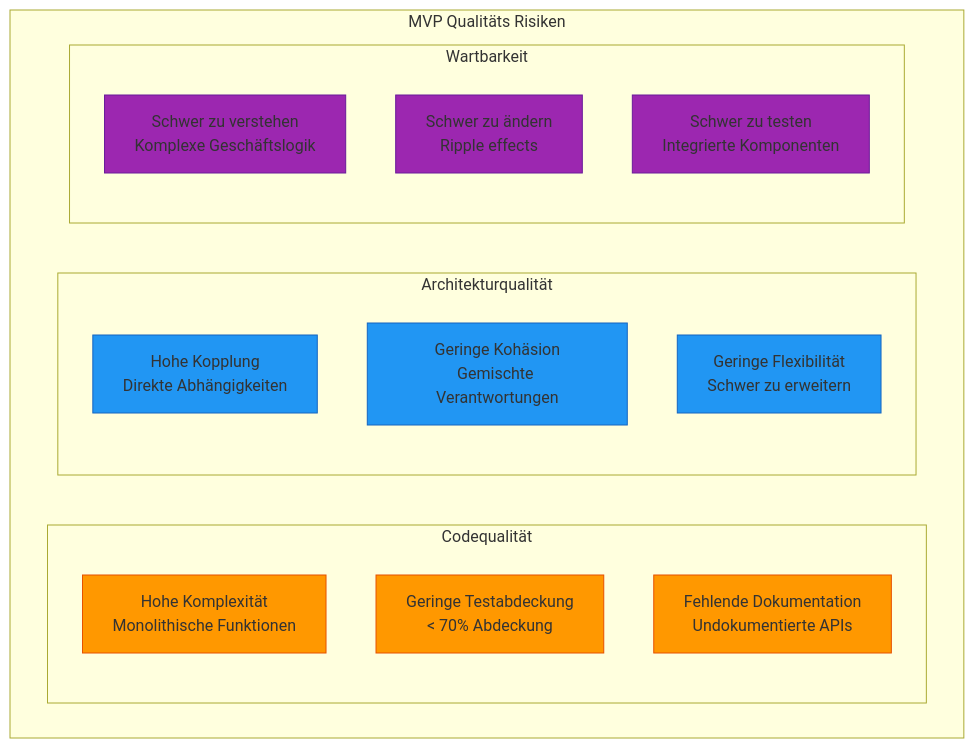
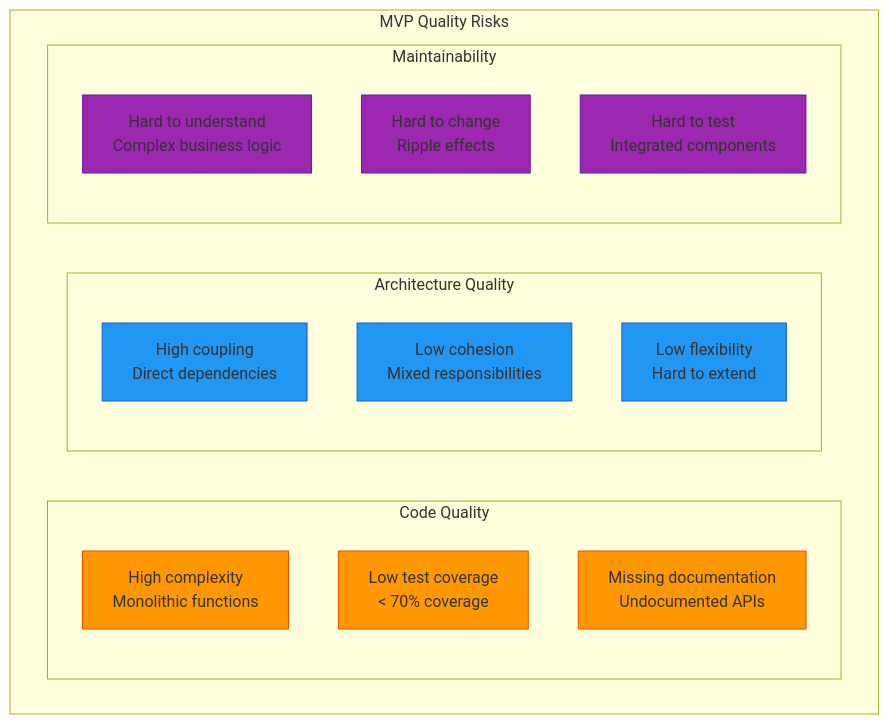
One commit to OpenRailAssociation/dac-migration-dss-popupsim changed the second of 4 diagrams in docs/mvp/architecture/11-risks-technical-debt.md. Above: the diagram before and after it, drawn with Mermaid. The commit also changed other lines of this file and 19 other files, not shown here.

First line of the commit message:
docs(pages): 📝 update MVP architecture

````diff
--- a/docs/mvp/architecture/11-risks-technical-debt.md
+++ b/docs/mvp/architecture/11-risks-technical-debt.md
@@ -162,30 +165,30 @@
 ```mermaid
 graph TB
-    subgraph "MVP Qualitäts Risiken"
-        subgraph "Codequalität"
-            Complexity[Hohe Komplexität<br/>Monolithische Funktionen]
-            Coverage[Geringe Testabdeckung<br/>< 70% Abdeckung]
-            Documentation[Fehlende Dokumentation<br/>Undokumentierte APIs]
+    subgraph "MVP Quality Risks"
+        subgraph "Code Quality"
+            Complexity[High complexity<br/>Monolithic functions]
+            Coverage[Low test coverage<br/>< 70% coverage]
+            Documentation[Missing documentation<br/>Undocumented APIs]
         end
 
-        subgraph "Architekturqualität"
-            Coupling[Hohe Kopplung<br/>Direkte Abhängigkeiten]
-            Cohesion[Geringe Kohäsion<br/>Gemischte Verantwortungen]
-            Flexibility[Geringe Flexibilität<br/>Schwer zu erweitern]
+        subgraph "Architecture Quality"
+            Coupling[High coupling<br/>Direct dependencies]
+            Cohesion[Low cohesion<br/>Mixed responsibilities]
+            Flexibility[Low flexibility<br/>Hard to extend]
         end
 
-        subgraph "Wartbarkeit"
-            Understanding[Schwer zu verstehen<br/>Komplexe Geschäftslogik]
-            Changes[Schwer zu ändern<br/>Ripple effects]
-            Testing[Schwer zu testen<br/>Integrierte Komponenten]
+        subgraph "Maintainability"
+            Understanding[Hard to understand<br/>Complex business logic]
+            Changes[Hard to change<br/>Ripple effects]
+            Testing[Hard to test<br/>Integrated components]
         end
     end
 
     classDef quality fill:#ff9800,stroke:#e65100
     classDef architecture fill:#2196f3,stroke:#1565c0
     classDef maintainability fill:#9c27b0,stroke:#6a1b9a
 
     class Complexity,Coverage,Documentation quality
     class Coupling,Cohesion,Flexibility architecture
     class Understanding,Changes,Testing maintainability
 ```
````
